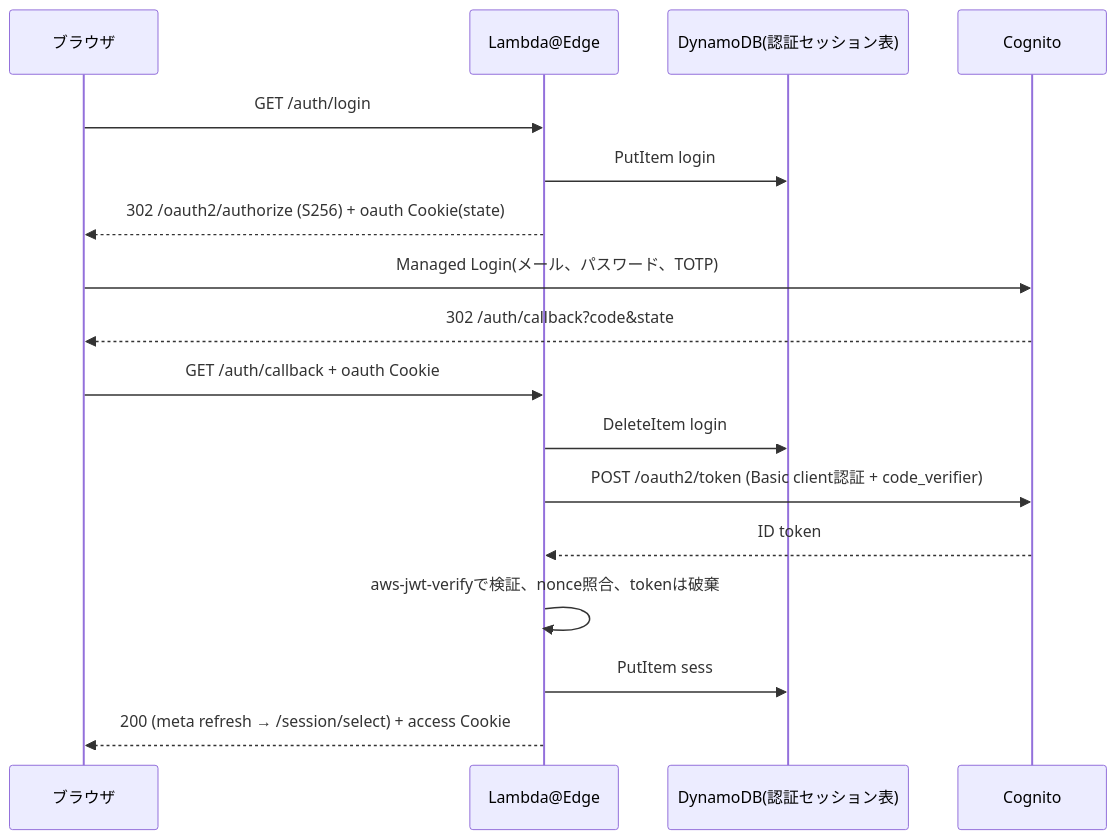
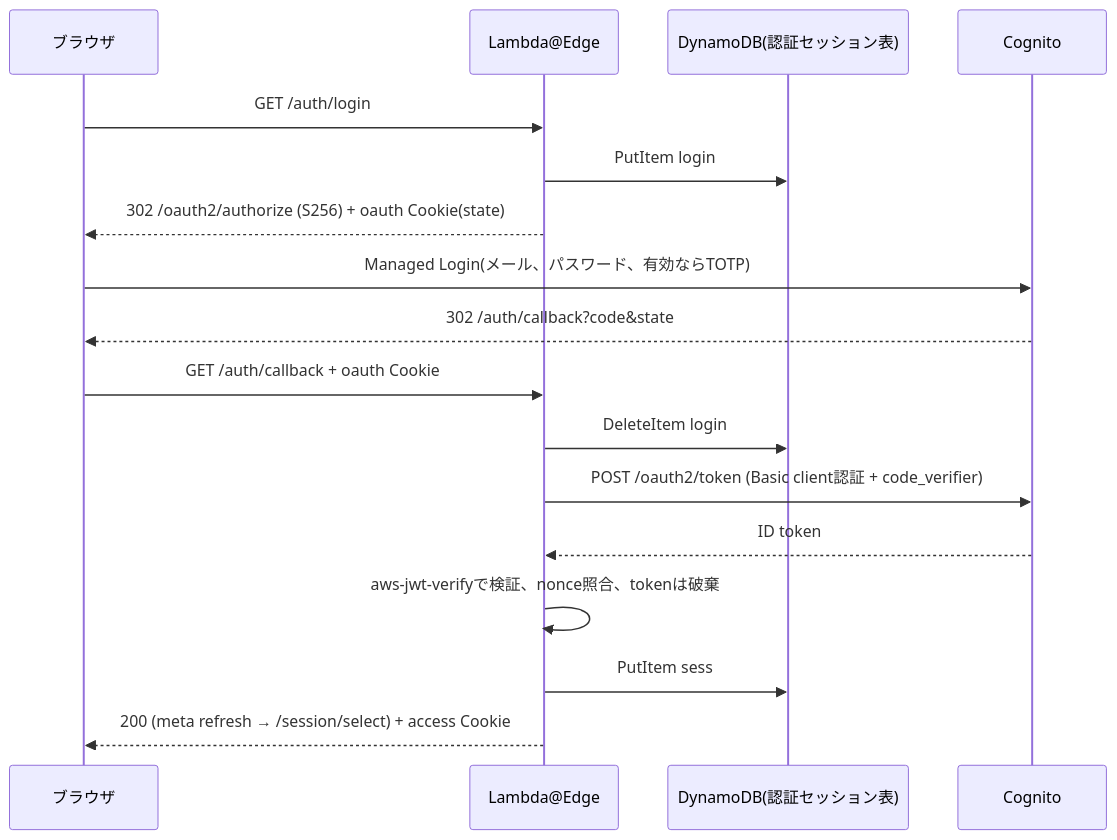
Before and after one commit to har1101/lambda-microvm-webapp: the fourth of 7 diagrams in docs/architecture-and-design.md, drawn with Mermaid. The commit also changed other lines of this file and 8 other files, not shown here.

````diff
--- a/docs/architecture-and-design.md
+++ b/docs/architecture-and-design.md
@@ -439,19 +440,19 @@
 ```mermaid
 sequenceDiagram
     participant B as ブラウザ
     participant E as Lambda@Edge
     participant D as DynamoDB(認証セッション表)
     participant C as Cognito
     B->>E: GET /auth/login
     E->>D: PutItem login#<state> (nonce, PKCE verifier, 10分)
     E-->>B: 302 /oauth2/authorize (S256) + oauth Cookie(state)
-    B->>C: Managed Login(メール、パスワード、TOTP)
+    B->>C: Managed Login(メール、パスワード、有効ならTOTP)
     C-->>B: 302 /auth/callback?code&state
     B->>E: GET /auth/callback + oauth Cookie
     E->>D: DeleteItem login#<state>(条件付き、1回限り)
     E->>C: POST /oauth2/token (Basic client認証 + code_verifier)
     C-->>E: ID token
     E->>E: aws-jwt-verifyで検証、nonce照合、tokenは破棄
     E->>D: PutItem sess#<hash> (sub, 8時間)
     E-->>B: 200 (meta refresh → /session/select) + access Cookie
 ```
````
